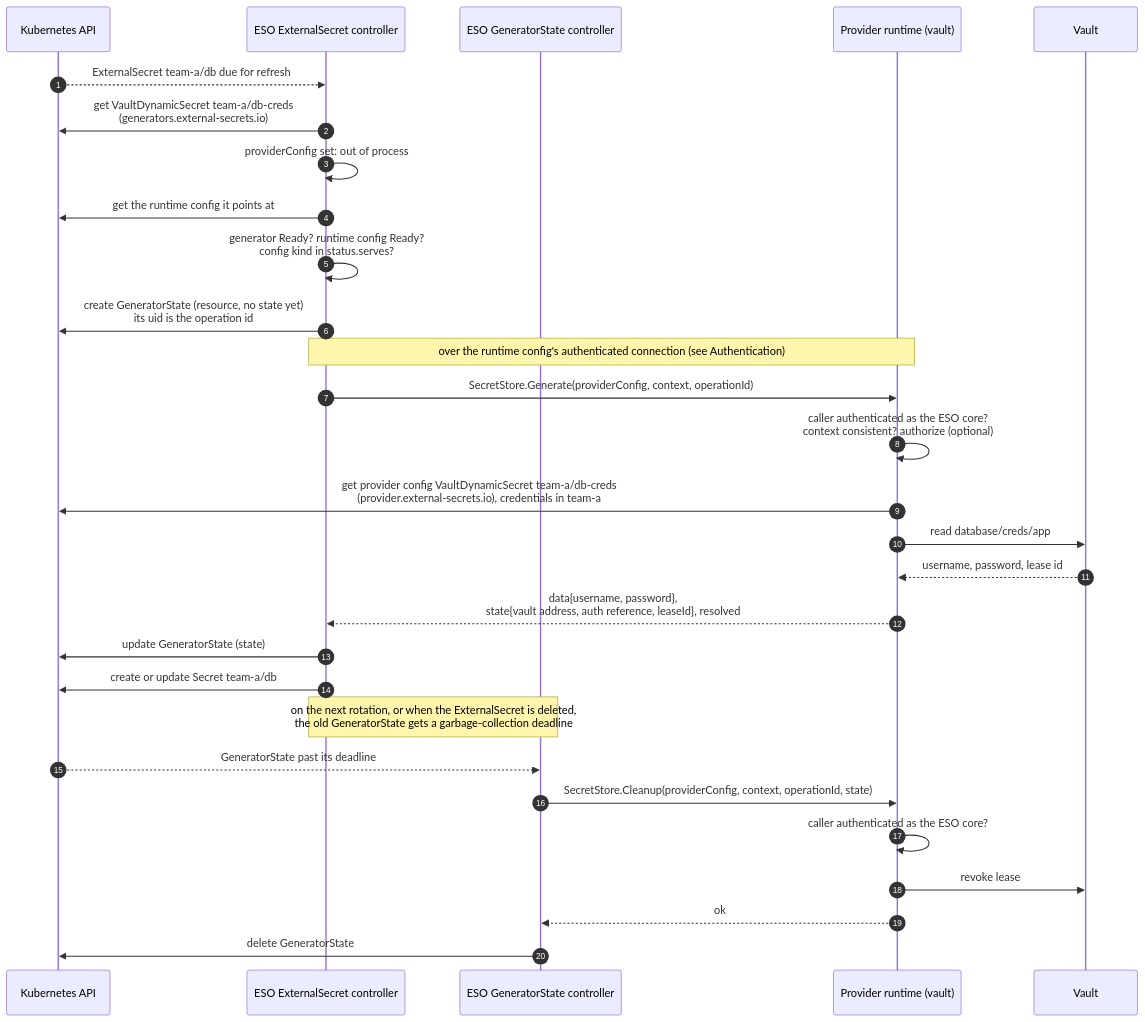
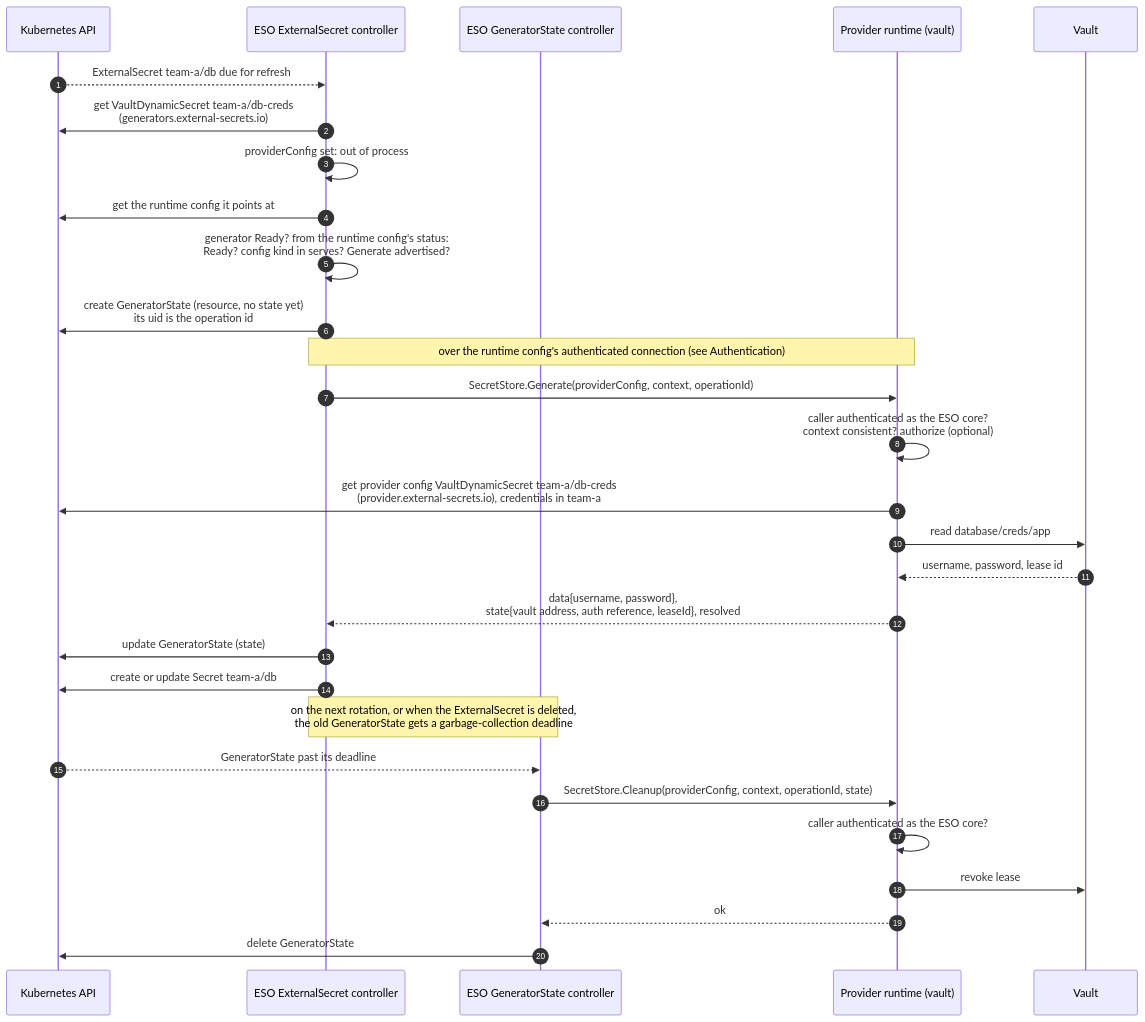
One commit to external-secrets/external-secrets changed the fifth of 6 diagrams in design/014/PROTOCOL.md. Above: the diagram before and after it, drawn with Mermaid. The commit also changed other lines of this file and 4 other files, not shown here.

````diff
--- a/design/014/PROTOCOL.md
+++ b/design/014/PROTOCOL.md
@@ -396,32 +438,32 @@
 ```mermaid
 sequenceDiagram
     autonumber
     participant K as Kubernetes API
     participant EC as ESO ExternalSecret controller
     participant GC as ESO GeneratorState controller
     participant P as Provider runtime (vault)
     participant B as Vault
 
     K-->>EC: ExternalSecret team-a/db due for refresh
     EC->>K: get VaultDynamicSecret team-a/db-creds<br/>(generators.external-secrets.io)
     EC->>EC: providerConfig set: out of process
     EC->>K: get the runtime config it points at
-    EC->>EC: generator Ready? runtime config Ready?<br/>config kind in status.serves?
+    EC->>EC: generator Ready? from the runtime config's status:<br/>Ready? config kind in serves? Generate advertised?
     EC->>K: create GeneratorState (resource, no state yet)<br/>its uid is the operation id
     Note over EC,P: over the runtime config's authenticated connection (see Authentication)
     EC->>P: SecretStore.Generate(providerConfig, context, operationId)
     P->>P: caller authenticated as the ESO core?<br/>context consistent? authorize (optional)
     P->>K: get provider config VaultDynamicSecret team-a/db-creds<br/>(provider.external-secrets.io), credentials in team-a
     P->>B: read database/creds/app
     B-->>P: username, password, lease id
     P-->>EC: data{username, password},<br/>state{vault address, auth reference, leaseId}, resolved
     EC->>K: update GeneratorState (state)
     EC->>K: create or update Secret team-a/db
     Note over EC,GC: on the next rotation, or when the ExternalSecret is deleted,<br/>the old GeneratorState gets a garbage-collection deadline
     K-->>GC: GeneratorState past its deadline
     GC->>P: SecretStore.Cleanup(providerConfig, context, operationId, state)
     P->>P: caller authenticated as the ESO core?
     P->>B: revoke lease
     P-->>GC: ok
     GC->>K: delete GeneratorState
 ```
````
